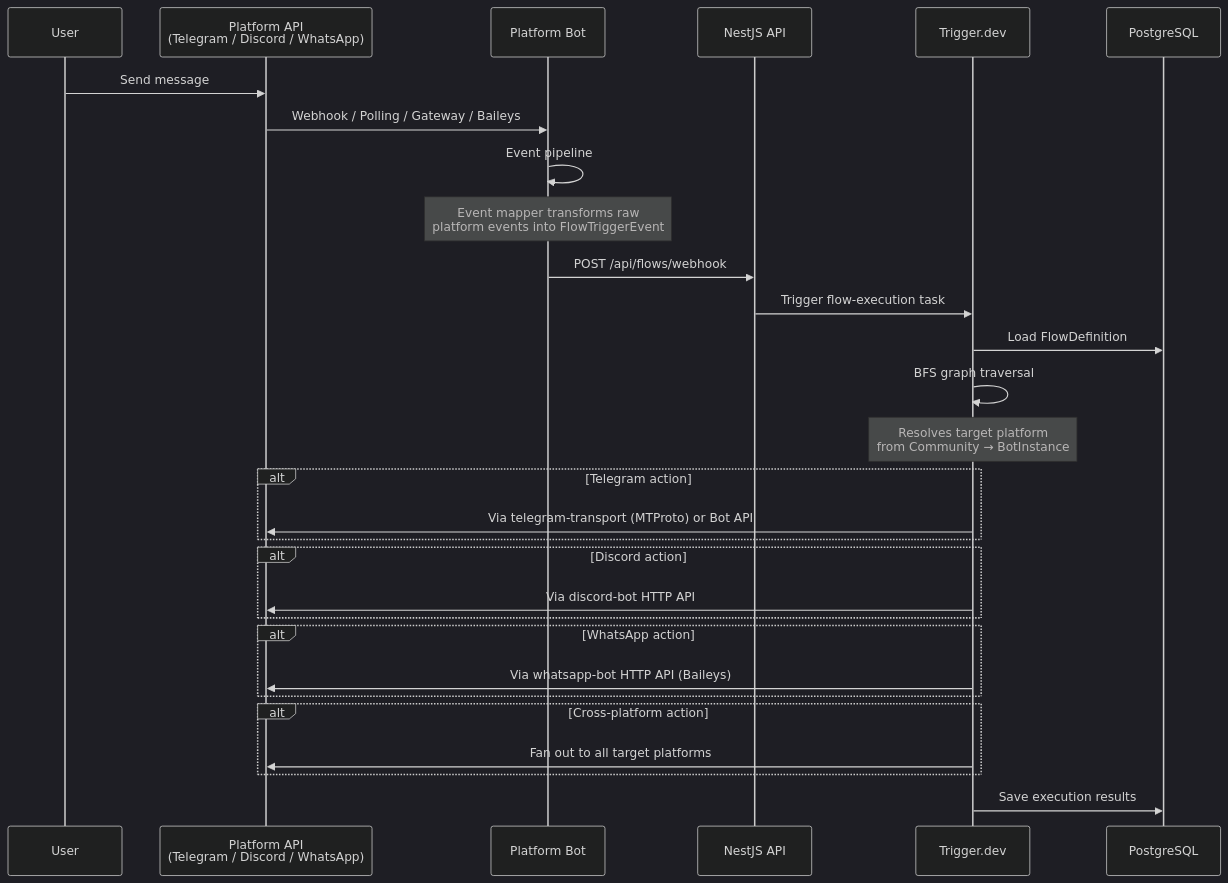
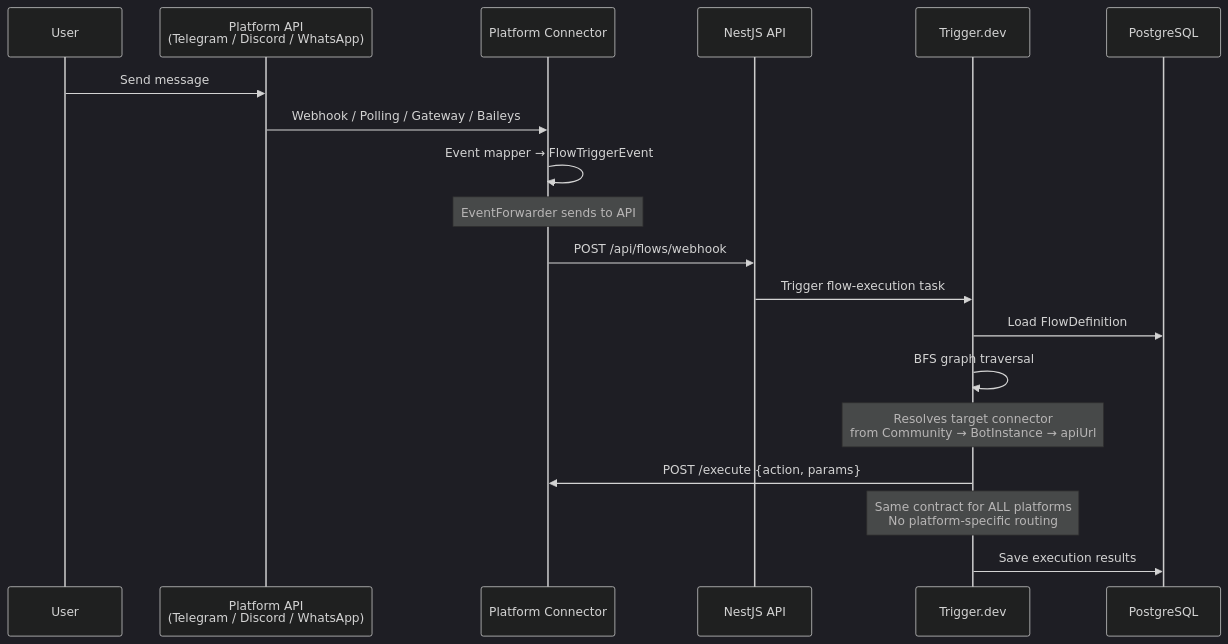
The third of 7 diagrams in README.md (kolezka/flowbot), drawn with Mermaid (dark theme) before and after one commit. The commit also changed other lines of this file, not shown here.

Commit message:
docs: update README.md for unified connector architecture

````diff
--- a/README.md
+++ b/README.md
@@ -147,35 +184,25 @@
 ```mermaid
 sequenceDiagram
     participant U as User
     participant P as Platform API<br/>(Telegram / Discord / WhatsApp)
-    participant BOT as Platform Bot
+    participant CON as Platform Connector
     participant API as NestJS API
     participant TR as Trigger.dev
     participant DB as PostgreSQL
 
     U->>P: Send message
-    P->>BOT: Webhook / Polling / Gateway / Baileys
-    BOT->>BOT: Event pipeline
-    Note over BOT: Event mapper transforms raw<br/>platform events into FlowTriggerEvent
+    P->>CON: Webhook / Polling / Gateway / Baileys
+    CON->>CON: Event mapper → FlowTriggerEvent
+    Note over CON: EventForwarder sends to API
 
-    BOT->>API: POST /api/flows/webhook
+    CON->>API: POST /api/flows/webhook
     API->>TR: Trigger flow-execution task
     TR->>DB: Load FlowDefinition
     TR->>TR: BFS graph traversal
-    Note over TR: Resolves target platform<br/>from Community → BotInstance
+    Note over TR: Resolves target connector<br/>from Community → BotInstance → apiUrl
 
-    alt Telegram action
-        TR->>P: Via telegram-transport (MTProto) or Bot API
-    end
-    alt Discord action
-        TR->>P: Via discord-bot HTTP API
-    end
-    alt WhatsApp action
-        TR->>P: Via whatsapp-bot HTTP API (Baileys)
-    end
-    alt Cross-platform action
-        TR->>P: Fan out to all target platforms
-    end
+    TR->>CON: POST /execute {action, params}
+    Note over TR: Same contract for ALL platforms<br/>No platform-specific routing
 
     TR->>DB: Save execution results
 ```
````
